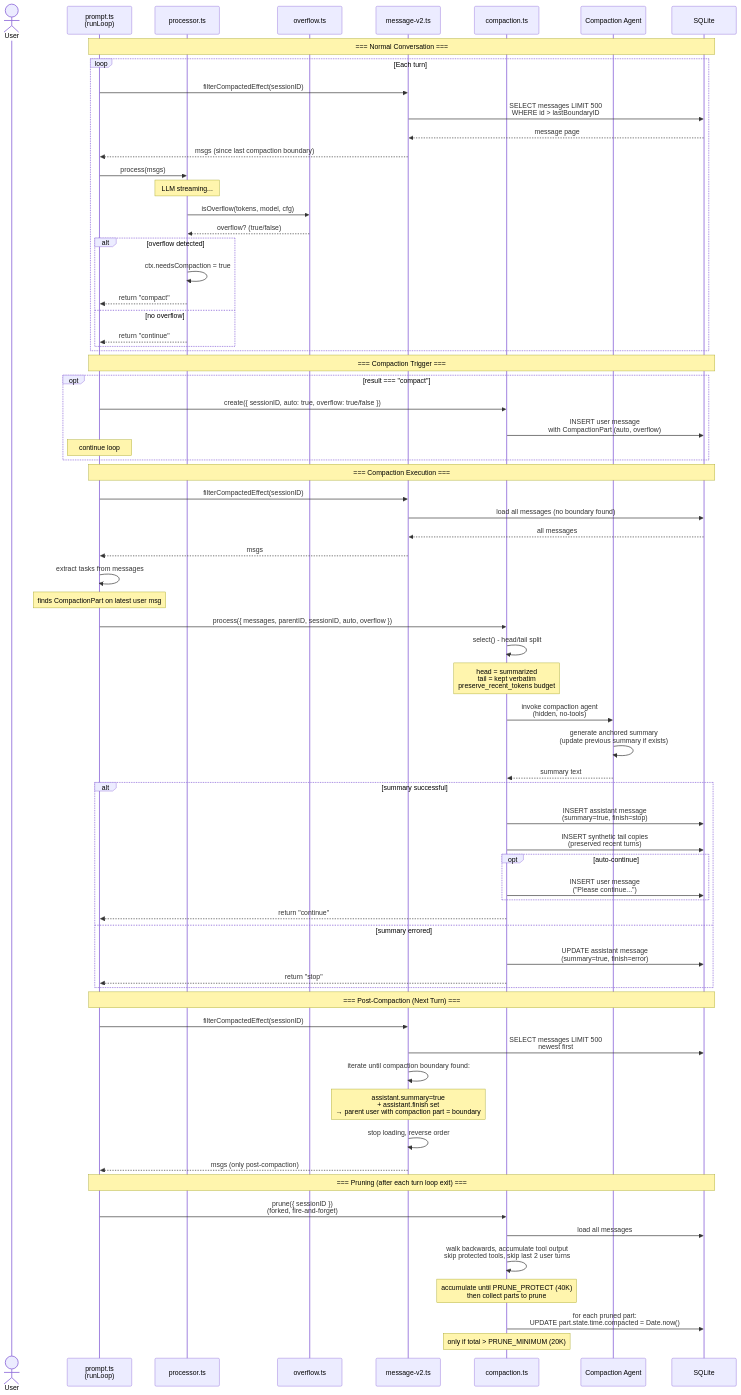
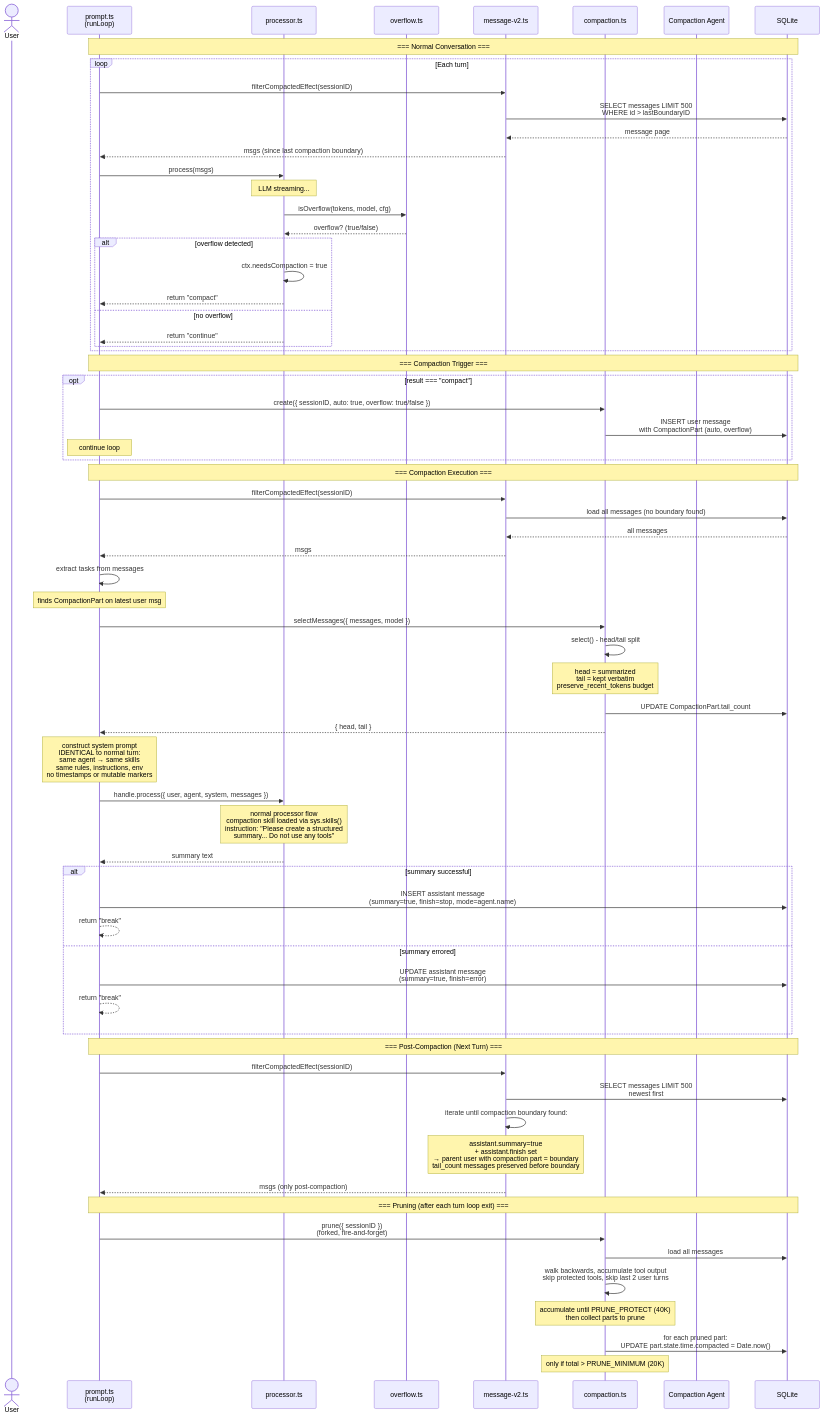
One commit to AlHeloween/opencode changed the fifth of 8 diagrams in plans/20260612_compaction_schema_diagram.md. Above: the diagram before and after it, drawn with Mermaid. The commit also changed other lines of this file and 11 other files, not shown here.

First line of the commit message:
compaction: normal-flow integration, KV cache continuity

```diff
--- a/plans/20260612_compaction_schema_diagram.md
+++ b/plans/20260612_compaction_schema_diagram.md
@@ -238,25 +243,24 @@
     Prompt->>Prompt: extract tasks from messages
     Note over Prompt: finds CompactionPart on latest user msg
 
-    Prompt->>Compaction: process({ messages, parentID, sessionID, auto, overflow })
-
+    Prompt->>Compaction: selectMessages({ messages, model })
     Compaction->>Compaction: select() - head/tail split
     Note over Compaction: head = summarized<br/>tail = kept verbatim<br/>preserve_recent_tokens budget
+    Compaction->>DB: UPDATE CompactionPart.tail_count
+    Compaction-->>Prompt: { head, tail }
 
-    Compaction->>Agent: invoke compaction agent<br/>(hidden, no-tools)
-    Agent->>Agent: generate anchored summary<br/>(update previous summary if exists)
-    Agent-->>Compaction: summary text
+    Note over Prompt: construct system prompt<br/>IDENTICAL to normal turn:<br/>same agent → same skills<br/>same rules, instructions, env<br/>no timestamps or mutable markers
+
+    Prompt->>Processor: handle.process({ user, agent, system, messages })
+    Note over Processor: normal processor flow<br/>compaction skill loaded via sys.skills()<br/>instruction: "Please create a structured<br/>summary... Do not use any tools"
+    Processor-->>Prompt: summary text
 
     alt summary successful
-        Compaction->>DB: INSERT assistant message<br/>(summary=true, finish=stop)
-        Compaction->>DB: INSERT synthetic tail copies<br/>(preserved recent turns)
-        opt auto-continue
-            Compaction->>DB: INSERT user message<br/>("Please continue...")
-        end
-        Compaction-->>Prompt: return "continue"
+        Prompt->>DB: INSERT assistant message<br/>(summary=true, finish=stop, mode=agent.name)
+        Prompt-->>Prompt: return "break"
     else summary errored
-        Compaction->>DB: UPDATE assistant message<br/>(summary=true, finish=error)
-        Compaction-->>Prompt: return "stop"
+        Prompt->>DB: UPDATE assistant message<br/>(summary=true, finish=error)
+        Prompt-->>Prompt: return "break"
     end
 
     Note over Prompt,DB: === Post-Compaction (Next Turn) ===
@@ -264,8 +268,7 @@
     Prompt->>Message: filterCompactedEffect(sessionID)
     Message->>DB: SELECT messages LIMIT 500<br/>newest first
     Message->>Message: iterate until compaction boundary found:
-    Note over Message: assistant.summary=true<br/>+ assistant.finish set<br/>→ parent user with compaction part = boundary
-    Message->>Message: stop loading, reverse order
+    Note over Message: assistant.summary=true<br/>+ assistant.finish set<br/>→ parent user with compaction part = boundary<br/>tail_count messages preserved before boundary
     Message-->>Prompt: msgs (only post-compaction)
 
     Note over Prompt,DB: === Pruning (after each turn loop exit) ===
```
